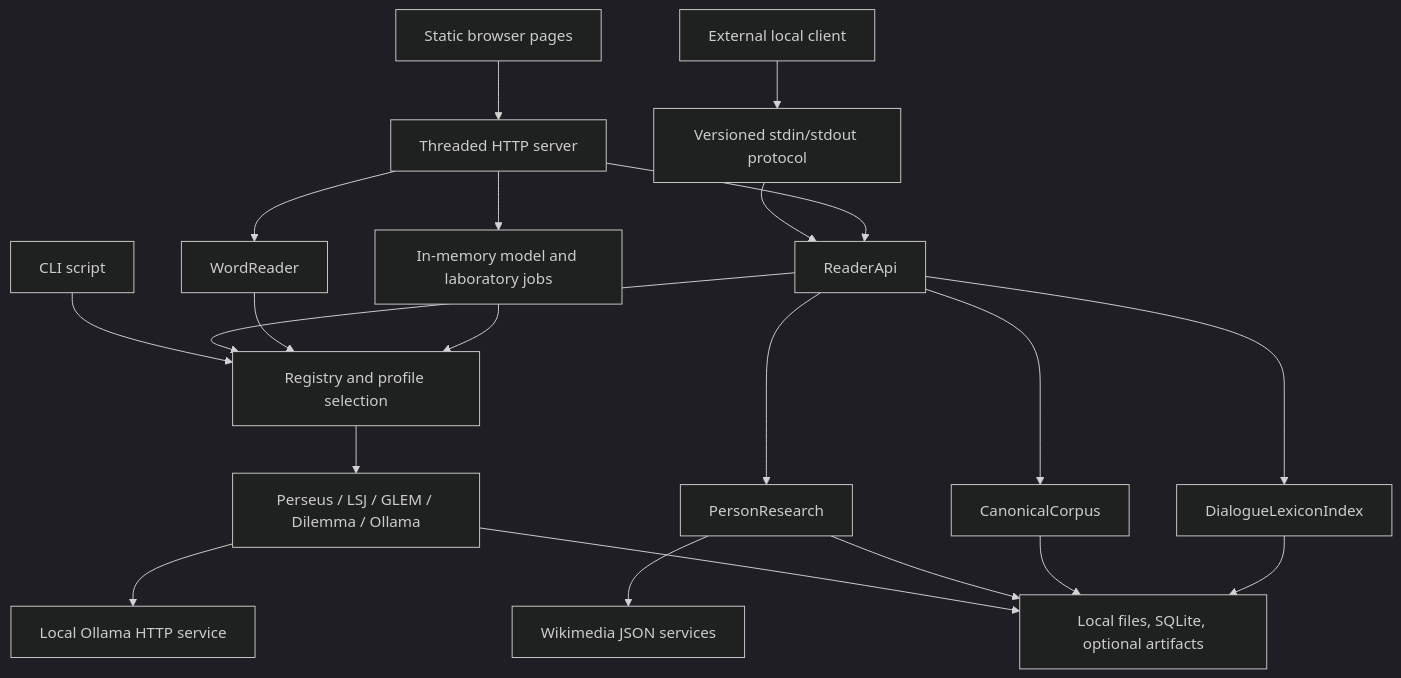
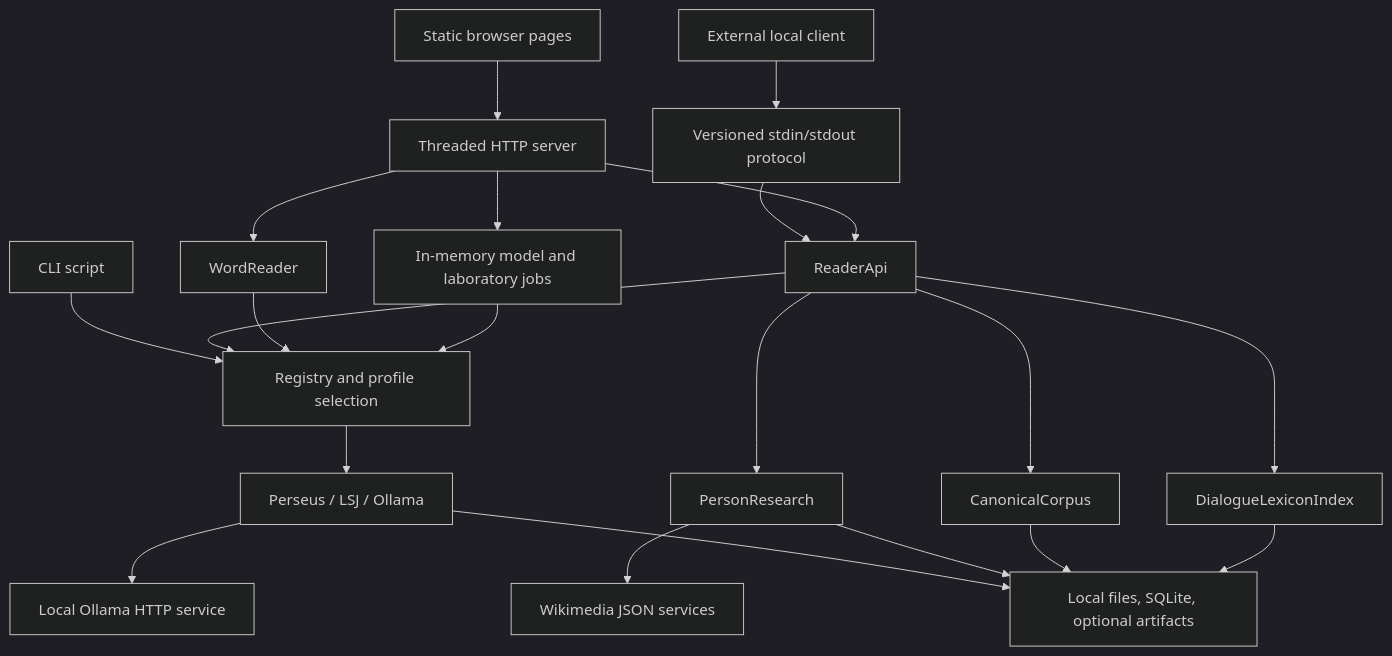
Before and after one commit to The-Plato-Project/PlatoSI: the diagram in CODEBASE_AUDIT.md, drawn with Mermaid (dark theme). The commit also changed other lines of this file and 59 other files, not shown here.

````diff
--- a/CODEBASE_AUDIT.md
+++ b/CODEBASE_AUDIT.md
@@ -51,23 +55,23 @@
 ```mermaid
 flowchart TD
     CLI[CLI script] --> Select[Registry and profile selection]
     Browser[Static browser pages] --> HTTP[Threaded HTTP server]
     Client[External local client] --> NDJSON[Versioned stdin/stdout protocol]
     NDJSON --> API[ReaderApi]
     HTTP --> API
     HTTP --> Reader[WordReader]
     HTTP --> Jobs[In-memory model and laboratory jobs]
     API --> Select
     Reader --> Select
     Jobs --> Select
-    Select --> Providers[Perseus / LSJ / GLEM / Dilemma / Ollama]
+    Select --> Providers[Perseus / LSJ / Ollama]
     API --> Canonical[CanonicalCorpus]
     API --> Lexicon[DialogueLexiconIndex]
     API --> Research[PersonResearch]
     Providers --> Local[Local files, SQLite, optional artifacts]
     Providers --> Ollama[Local Ollama HTTP service]
     Research --> Web[Wikimedia JSON services]
     Research --> Local
     Canonical --> Local
     Lexicon --> Local
 ```
````
